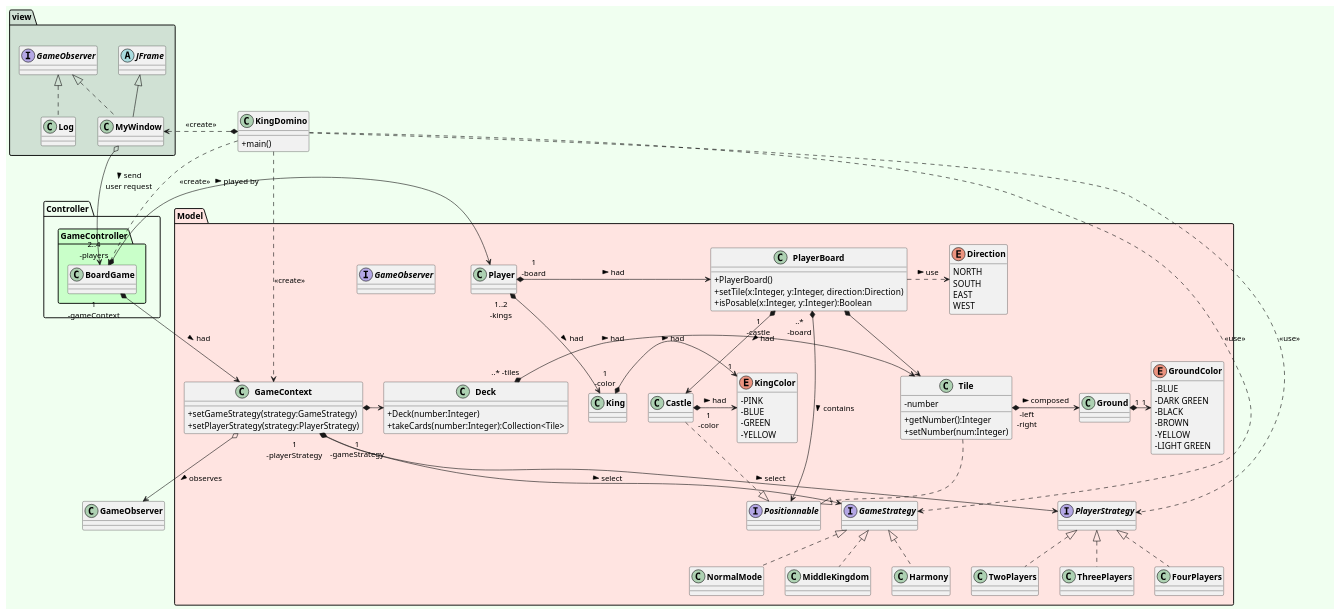
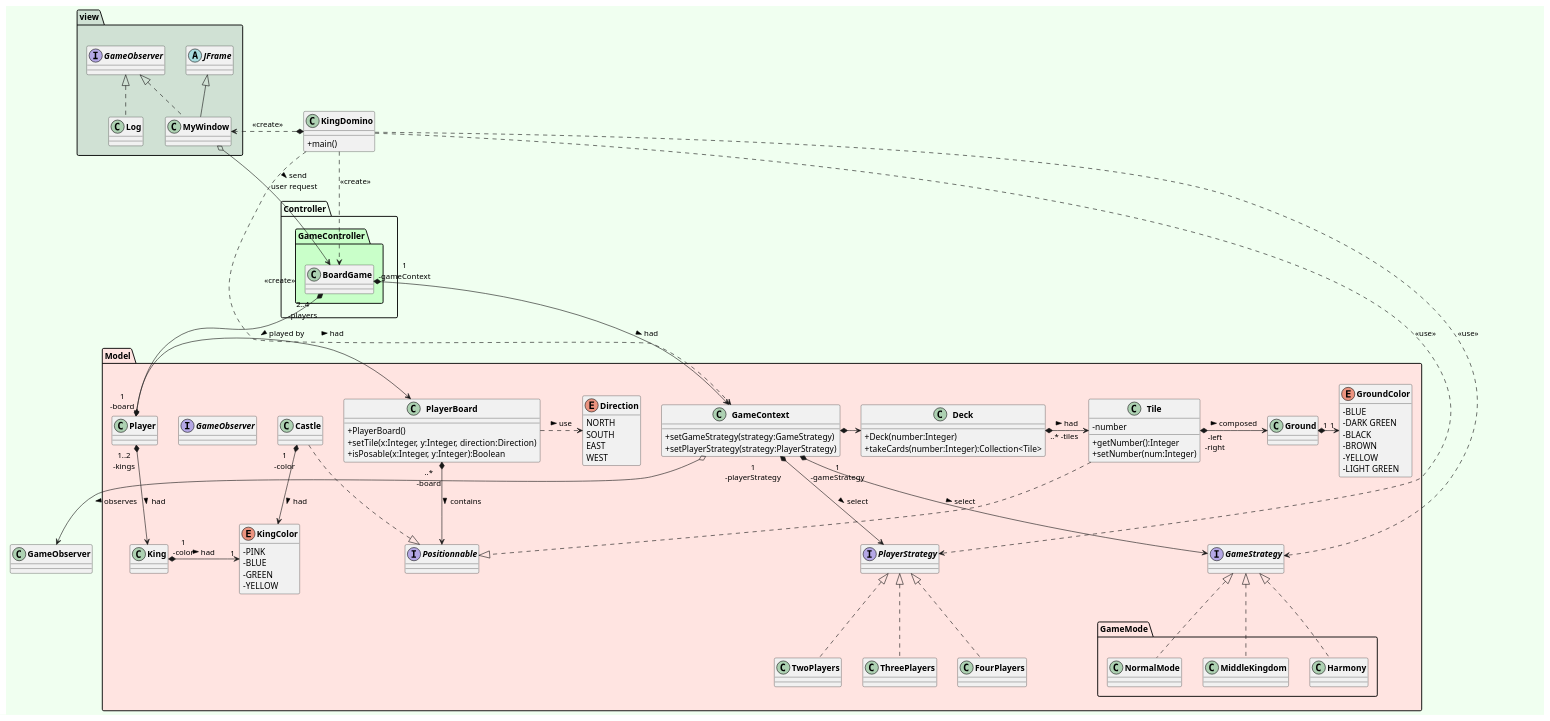
One commit to ErenMustafaGit/Kingdomino changed the diagram in kingdomino/UML/View.puml. Above: the diagram before and after it, drawn with PlantUML. The commit also changed 3 other files, not shown here.

Commit message:
Improved UML

```diff
--- a/kingdomino/UML/View.puml
+++ b/kingdomino/UML/View.puml
@@ -28,14 +28,14 @@
     interface PlayerStrategy{
 
     }
-    class TwoPlayers implements PlayerStrategy{
+    class TwoPlayers {
 
     }
 
-    class ThreePlayers implements PlayerStrategy{
+    class ThreePlayers {
     }
 
-   class FourPlayers implements PlayerStrategy{
+   class FourPlayers {
 
    }
 
@@ -77,20 +77,24 @@
         +setGameStrategy(strategy:GameStrategy)
         +setPlayerStrategy(strategy:PlayerStrategy)
     }
-    class NormalMode implements GameStrategy{
 
-    }
     'classe dynastie
     'class Dynasty implements GameStrategy{}
     'class empire du milieu
-    class MiddleKingdom implements GameStrategy{
+    package GameMode{
+            class NormalMode {
 
+            }
+            class MiddleKingdom {
+
+            }
+
+            'class harmonie
+            class Harmony {
+
+            }
     }
 
-    'class harmonie
-    class Harmony implements GameStrategy{
-
-    }
     'interface observer qui va permettre de notifier les changements
     interface GameObserver{
 'aussi le score final
@@ -154,16 +158,17 @@
 }
 
 
+'Positionnable
 Tile ..|> Positionnable
 Castle ..|> Positionnable
 PlayerBoard "..*\n-board" *-r-> Positionnable : > contains
 
-Deck "..* -tiles" *-> Tile : > had
+Deck "..* -tiles" *-r-> Tile : > had
 Ground "1"*->"1"GroundColor
 Tile *->Ground : "-left\n-right" > composed
 
 
-GameContext *-> Deck
+GameContext *-r-> Deck
 GameContext *--> GameStrategy  : "1\n-gameStrategy" > select
 GameContext *--> PlayerStrategy : "1\n-playerStrategy" > select
 
@@ -172,21 +177,38 @@
 
 Player *-> PlayerBoard : "1\n-board" > had
 Player  *--> King : "1..2\n-kings" > had
-PlayerBoard *--> Tile
-PlayerBoard "1\n-castle" *-> Castle : > had
+
+'En commentaire car le playerBoard aura au final un tab de positionnable
+'PlayerBoard *--> Tile
+'PlayerBoard "1\n-castle" *-> Castle : > had
 
 PlayerBoard .> Direction : > use
 
+'Implements de playerStrategy
+TwoPlayers .u.|> PlayerStrategy
+ThreePlayers .u.|> PlayerStrategy
+FourPlayers .u.|> PlayerStrategy
+
+'Implements de gameStrategy
+Harmony .u.|> GameStrategy
+MiddleKingdom .u.|> GameStrategy
+NormalMode .u.|> GameStrategy
+
+'KingColor
+King"1\n-color"*->"1" KingColor: > had
+Castle"1\n-color"*-d->KingColor : > had
+
+GameContext o-->GameObserver : > observes
 
 
-King"1\n-color"*->"1" KingColor: > had
-Castle"1\n-color"*->KingColor : > had
 
+'KingDomino
 KingDomino..> BoardGame : <<create>>
 KingDomino.> PlayerStrategy : <<use>>
 KingDomino..> GameStrategy : <<use>>
 KingDomino *.>MyWindow : <<create>>
 KingDomino ..>GameContext : <<create>>
+
+'View
 MyWindow o-> BoardGame : > send \nuser request
-GameContext o-->GameObserver : > observes
 @enduml
```
